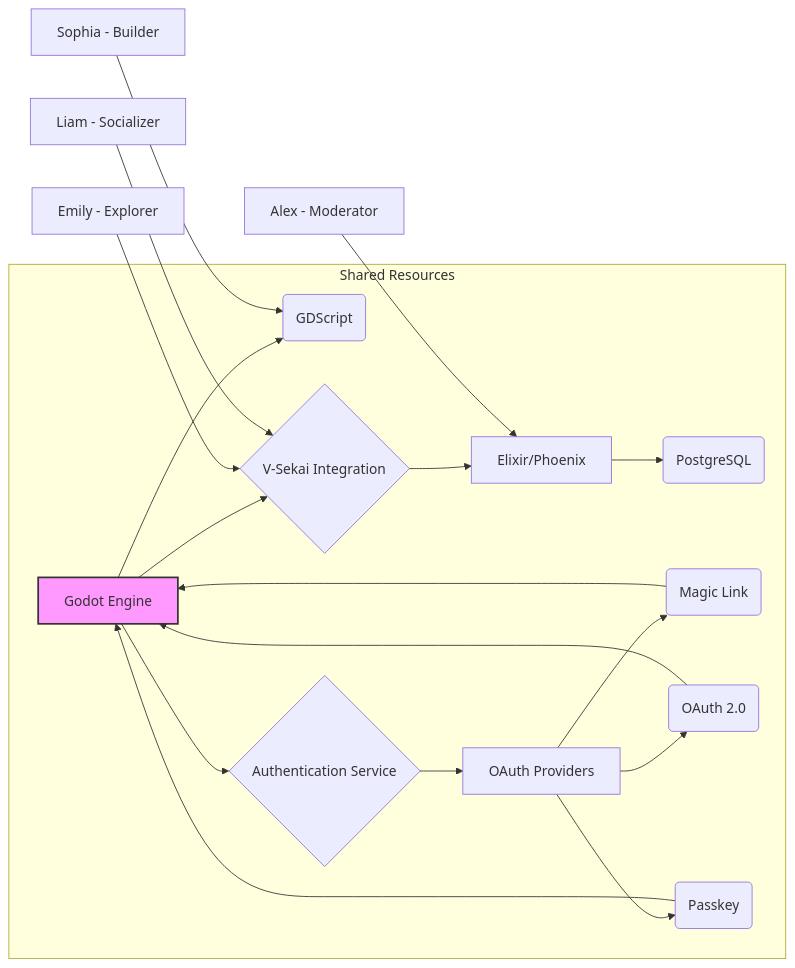
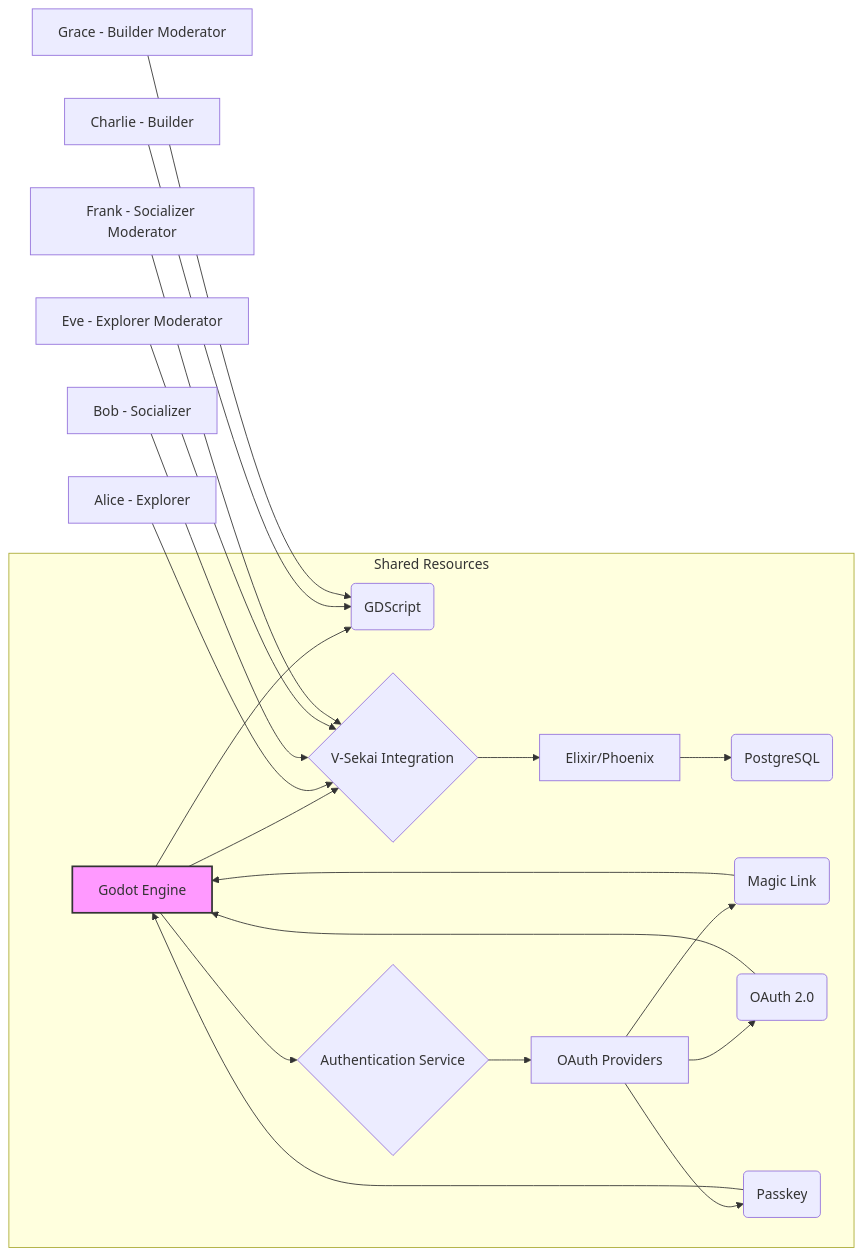
One commit to V-Sekai/manuals changed the diagram in decisions/20241229-one-prototyping-stack.md. Above: the diagram before and after it, drawn with Mermaid.

Commit message:
Update the chart.

````diff
--- a/decisions/20241229-one-prototyping-stack.md
+++ b/decisions/20241229-one-prototyping-stack.md
@@ -35,24 +35,26 @@
 ```mermaid
 graph LR
     subgraph "Shared Resources"
         A[Godot Engine] --> B(GDScript)
         A --> C{V-Sekai Integration}
         C --> D[Elixir/Phoenix]
         D --> E(PostgreSQL)
         A --> F{Authentication Service}
         F --> G[OAuth Providers]
         G --> H(Magic Link)
         G --> I(OAuth 2.0)
         G --> J(Passkey)
         H --> A
         I --> A
         J --> A
     end
 
-    M[Emily - Explorer] --> C
-    N[Liam - Socializer] --> C
-    O[Sophia - Builder] --> B
-    P[Alex - Moderator] --> D
+    M[Alice - Explorer] --> C
+    N[Bob - Socializer] --> C
+    O[Charlie - Builder] --> B
+    Q[Eve - Explorer Moderator] --> C
+    R[Frank - Socializer Moderator] --> C
+    S[Grace - Builder Moderator] --> B
 
     style A fill:#f9f,stroke:#333,stroke-width:2px
 ```
````
